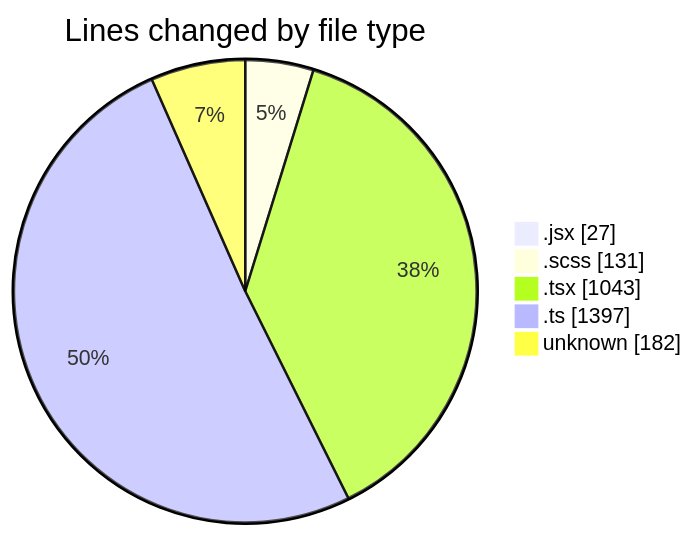
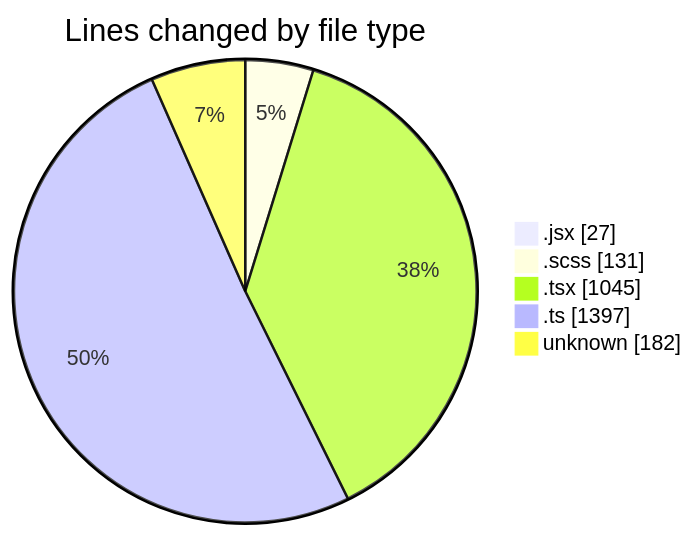
Before and after one commit to momahboobian/code-tracking: the first of 2 diagrams in 2026-03-16/cda/README.md, drawn with Mermaid. The commit also changed other lines of this file and 1 other file, not shown here.

````diff
--- a/2026-03-16/cda/README.md
+++ b/2026-03-16/cda/README.md
@@ -32,9 +32,9 @@
 ```mermaid
 pie showData
 title Lines changed by file type
 ".jsx" : 27
 ".scss" : 131
-".tsx" : 1043
+".tsx" : 1045
 ".ts" : 1397
 "unknown" : 182
 ```
````
